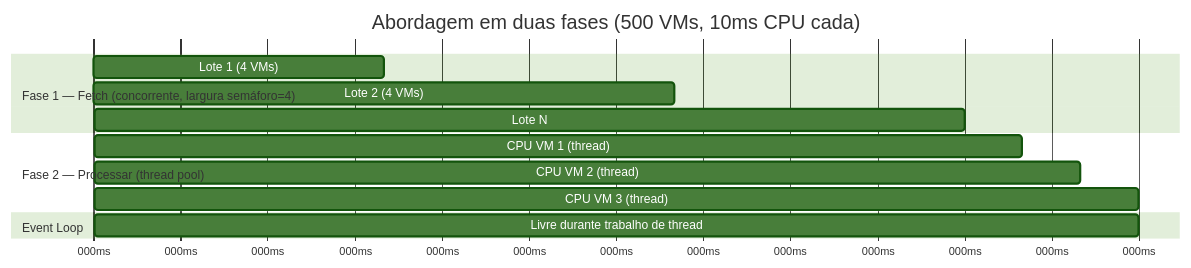
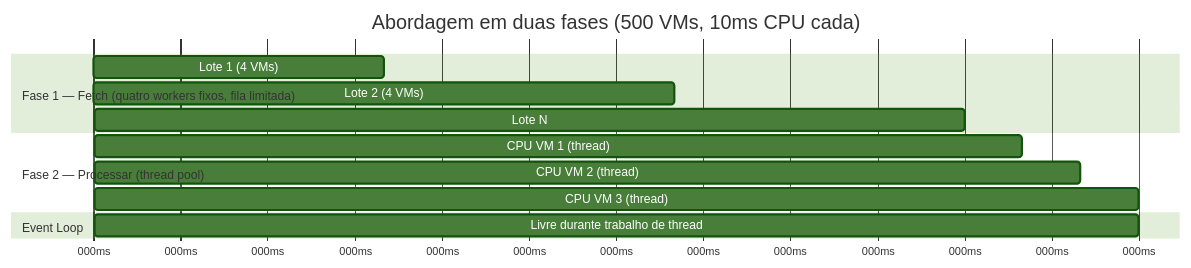
Before and after one commit to emersonfelipesp/proxbox-api: the second of 3 diagrams in docs/pt-BR/development/async-two-phase-batch.md, drawn with Mermaid (forest theme). The commit also changed other lines of this file and 52 other files, not shown here.

````diff
--- a/docs/pt-BR/development/async-two-phase-batch.md
+++ b/docs/pt-BR/development/async-two-phase-batch.md
@@ -85,17 +116,17 @@
 ```mermaid
 gantt
     title Abordagem em duas fases (500 VMs, 10ms CPU cada)
     dateFormat X
     axisFormat %Lms
 
-    section Fase 1 — Fetch (concorrente, largura semáforo=4)
+    section Fase 1 — Fetch (quatro workers fixos, fila limitada)
     Lote 1 (4 VMs) : 0, 50
     Lote 2 (4 VMs) : 50, 100
     Lote N         : 100, 150
     section Fase 2 — Processar (thread pool)
     CPU VM 1 (thread) : 150, 160
     CPU VM 2 (thread) : 160, 170
     CPU VM 3 (thread) : 170, 180
     section Event Loop
     Livre durante trabalho de thread : 150, 180
 ```
````
